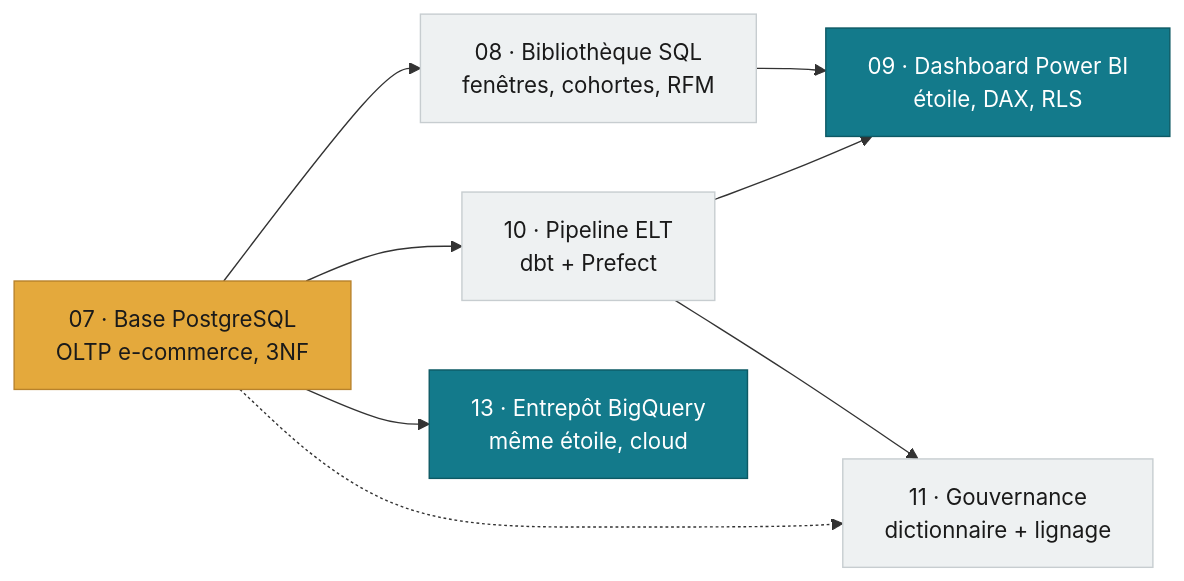
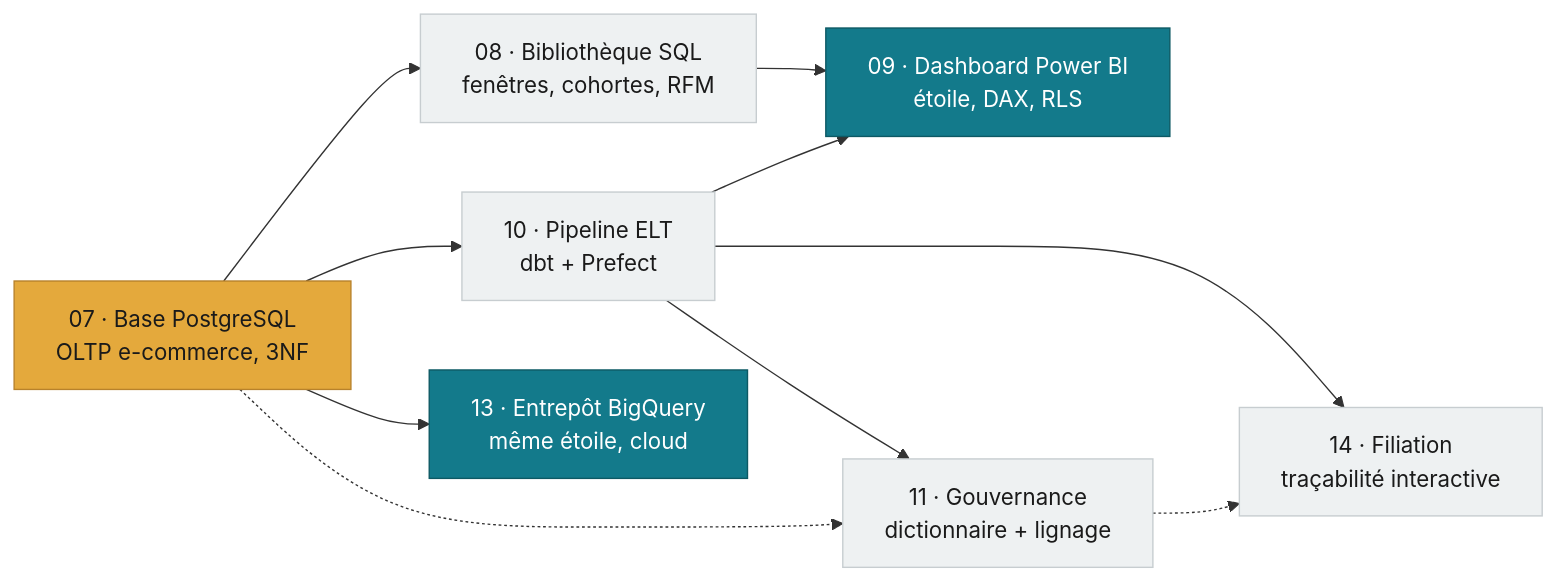
One commit to valentinratigniet-byte/valentinratigniet-byte changed the first of 2 diagrams in README.md. Above: the diagram before and after it, drawn with Mermaid. The commit also changed other lines of this file, not shown here.

First line of the commit message:
docs: ajout du Projet 14 — Filiation (traçabilité interactive)

````diff
--- a/README.md
+++ b/README.md
@@ -34,23 +34,26 @@
 ```mermaid
 flowchart LR
     classDef petrol fill:#137A8B,color:#fff,stroke:#0d5964,stroke-width:1px
     classDef ambre fill:#E4A93C,color:#1a1a1a,stroke:#b8822b,stroke-width:1px
     classDef neutre fill:#eef1f2,color:#1a1a1a,stroke:#c7cdd0,stroke-width:1px
 
     P07["07 · Base PostgreSQL<br/>OLTP e-commerce, 3NF"]
     P08["08 · Bibliothèque SQL<br/>fenêtres, cohortes, RFM"]
     P09["09 · Dashboard Power BI<br/>étoile, DAX, RLS"]
     P10["10 · Pipeline ELT<br/>dbt + Prefect"]
     P11["11 · Gouvernance<br/>dictionnaire + lignage"]
     P13["13 · Entrepôt BigQuery<br/>même étoile, cloud"]
+    P14["14 · Filiation<br/>traçabilité interactive"]
 
     P07 --> P08 --> P09
     P07 --> P10 --> P09
     P10 --> P11
     P07 -.-> P11
     P07 --> P13
+    P10 --> P14
+    P11 -.-> P14
 
     class P07 ambre
     class P09,P13 petrol
-    class P08,P10,P11 neutre
+    class P08,P10,P11,P14 neutre
 ```
````
